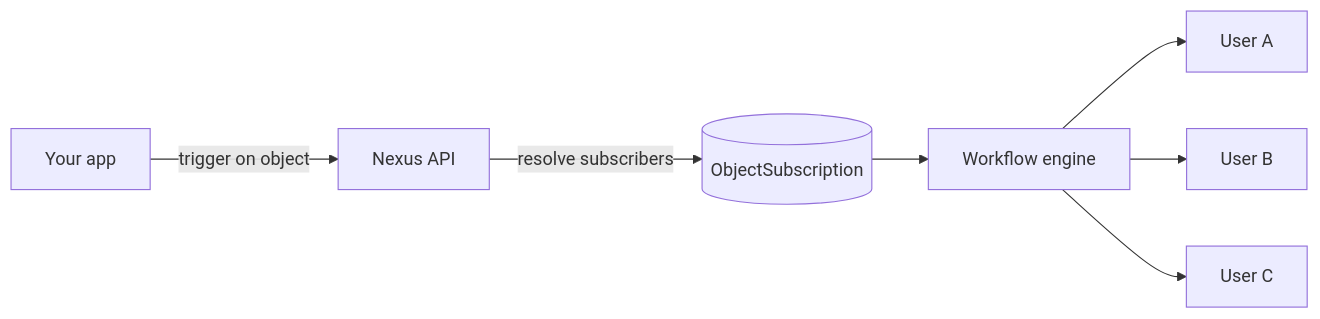
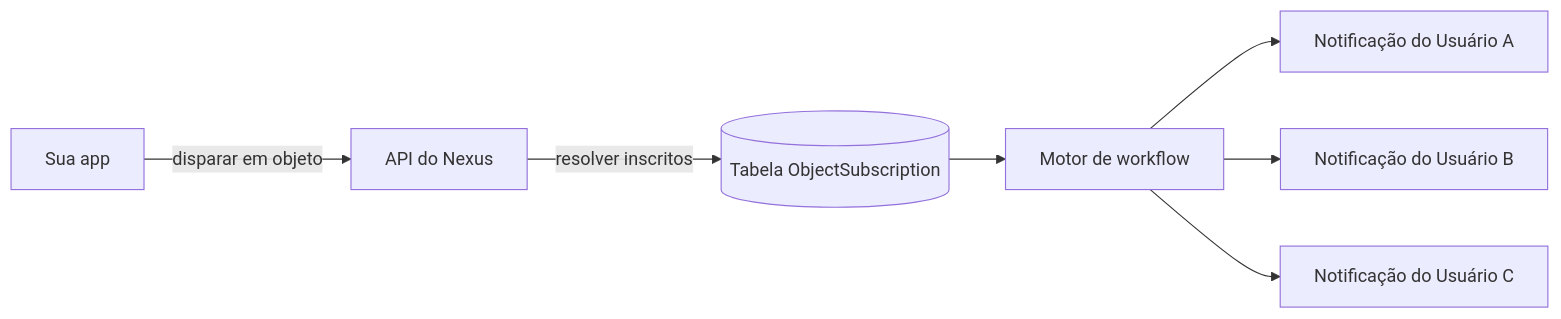
The diagram in content/docs/pt/platform/features/objects-subscriptions.mdx (KriyanshKhunt/nexus_docs), drawn with Mermaid before and after one commit. The commit also changed other lines of this file and 31 other files, not shown here.

````diff
--- a/content/docs/pt/platform/features/objects-subscriptions.mdx
+++ b/content/docs/pt/platform/features/objects-subscriptions.mdx
@@ -12,9 +20,9 @@
 ```mermaid
 flowchart LR
-  App[Your app] -->|trigger on object| Nexus[Nexus API]
-  Nexus -->|resolve subscribers| DB[(ObjectSubscription)]
-  DB --> W[Workflow engine]
-  W --> U1[User A]
-  W --> U2[User B]
-  W --> U3[User C]
+  App[Sua app] -->|disparar em objeto| Nexus[API do Nexus]
+  Nexus -->|resolver inscritos| DB[(Tabela ObjectSubscription)]
+  DB --> W[Motor de workflow]
+  W --> U1[Notificação do Usuário A]
+  W --> U2[Notificação do Usuário B]
+  W --> U3[Notificação do Usuário C]
 ```
````
